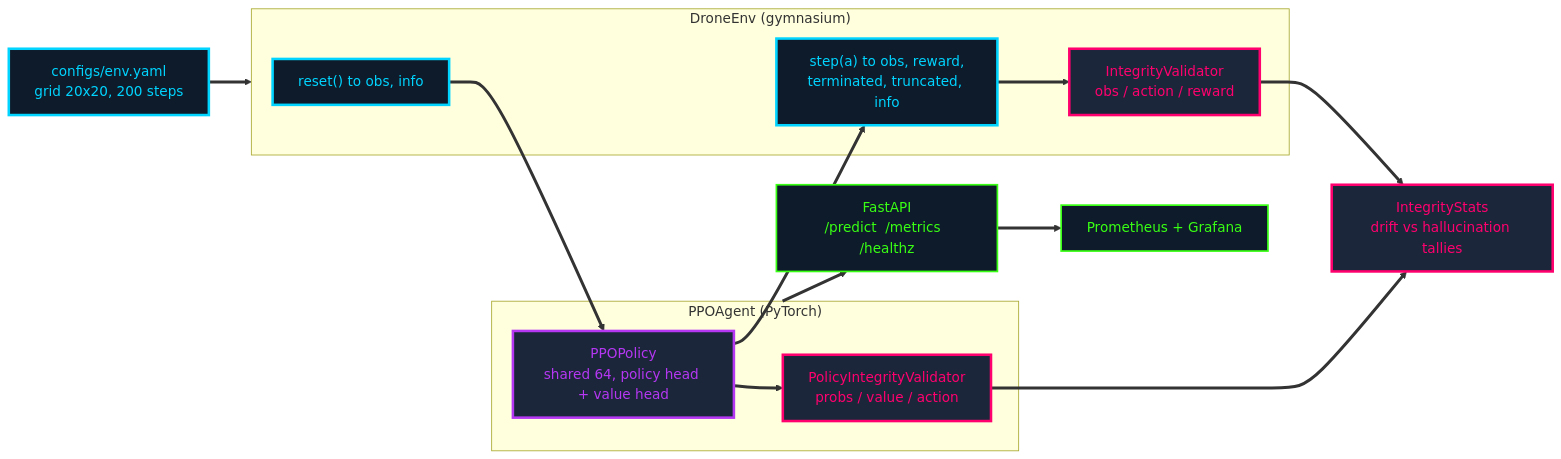
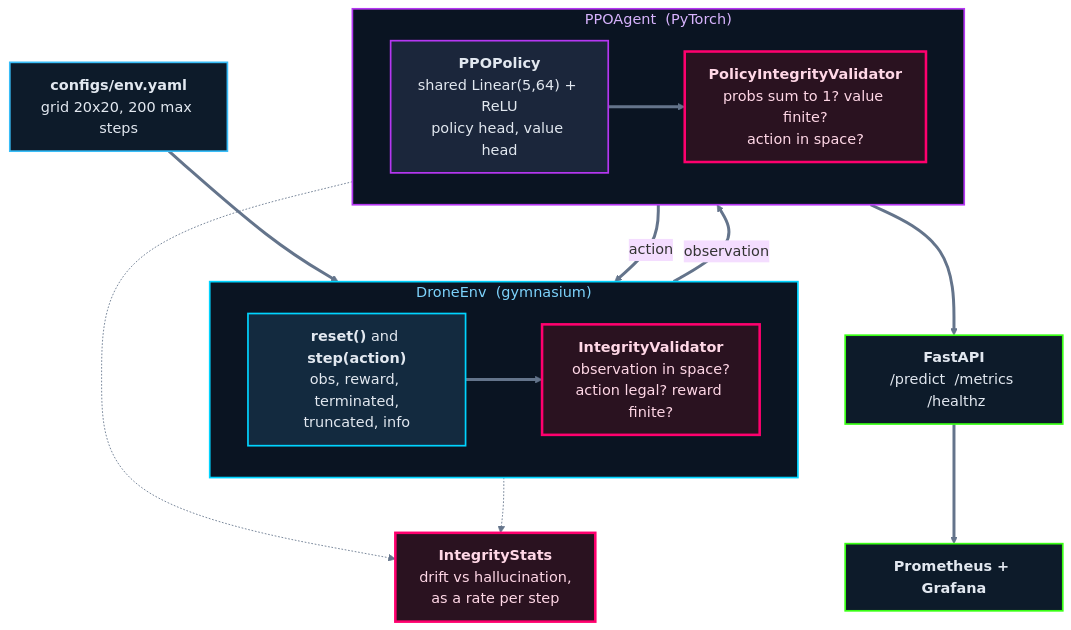
Before and after one commit to jameswniu/multi-agent-rl-mapf-drone-navigation: the diagram in README.md, drawn with Mermaid. The commit also changed other lines of this file, not shown here.

Commit message:
Redesign architecture diagram: dark subgraphs, TB layout, collapse panoramas

````diff
--- a/README.md
+++ b/README.md
@@ -88,39 +90,46 @@
 ```mermaid
-flowchart LR
-    CFG["configs/env.yaml<br/>grid 20x20, 200 steps"]
+%%{init: {"theme":"base","themeVariables":{"fontSize":"17px","fontFamily":"ui-sans-serif, system-ui, sans-serif","lineColor":"#64748b"},"flowchart":{"curve":"basis","nodeSpacing":55,"rankSpacing":65,"padding":14}}}%%
+flowchart TB
+    CFG["<b>configs/env.yaml</b><br/>grid 20x20, 200 max steps"]
 
-    subgraph ENV["DroneEnv (gymnasium)"]
-        RESET["reset() to obs, info"]
-        STEP["step(a) to obs, reward,<br/>terminated, truncated, info"]
-        IV["IntegrityValidator<br/>obs / action / reward"]
+    subgraph ENV["&nbsp;DroneEnv&nbsp; (gymnasium)&nbsp;"]
+        direction LR
+        STEP["<b>reset()</b> and <b>step(action)</b><br/>obs, reward, terminated,<br/>truncated, info"]
+        IV["<b>IntegrityValidator</b><br/>observation in space?<br/>action legal? reward finite?"]
+        STEP ==> IV
     end
 
-    subgraph AGENT["PPOAgent (PyTorch)"]
-        NET["PPOPolicy<br/>shared 64, policy head + value head"]
-        PIV["PolicyIntegrityValidator<br/>probs / value / action"]
+    subgraph AGENT["&nbsp;PPOAgent&nbsp; (PyTorch)&nbsp;"]
+        direction LR
+        NET["<b>PPOPolicy</b><br/>shared Linear(5,64) + ReLU<br/>policy head, value head"]
+        PIV["<b>PolicyIntegrityValidator</b><br/>probs sum to 1? value finite?<br/>action in space?"]
+        NET ==> PIV
     end
 
-    STATS["IntegrityStats<br/>drift vs hallucination tallies"]
-    API["FastAPI<br/>/predict  /metrics  /healthz"]
-    PROM["Prometheus + Grafana"]
+    STATS["<b>IntegrityStats</b><br/>drift vs hallucination,<br/>as a rate per step"]
+    API["<b>FastAPI</b><br/>/predict &nbsp;/metrics &nbsp;/healthz"]
+    OPS["<b>Prometheus + Grafana</b>"]
 
     CFG ==> ENV
-    RESET ==> NET
-    STEP ==> IV
-    IV ==> STATS
-    NET ==> PIV
-    PIV ==> STATS
-    NET ==> STEP
+    ENV == "observation" ==> AGENT
+    AGENT == "action" ==> ENV
+    IV -.-> STATS
+    PIV -.-> STATS
     AGENT ==> API
-    API ==> PROM
+    API ==> OPS
 
-    classDef env fill:#0d1b2a,stroke:#00d4ff,stroke-width:3px,color:#00d4ff
-    classDef agent fill:#1b263b,stroke:#b537f2,stroke-width:3px,color:#b537f2
-    classDef guard fill:#1b263b,stroke:#ff006e,stroke-width:3px,color:#ff006e
-    classDef ops fill:#0d1b2a,stroke:#39ff14,stroke-width:2px,color:#39ff14
+    classDef cfg fill:#0d1b2a,stroke:#38bdf8,stroke-width:2px,color:#e2e8f0
+    classDef core fill:#132a3f,stroke:#00d4ff,stroke-width:2px,color:#e2e8f0
+    classDef brain fill:#1b263b,stroke:#b537f2,stroke-width:2px,color:#e2e8f0
+    classDef guard fill:#2a1220,stroke:#ff006e,stroke-width:3px,color:#ffd7e6
+    classDef ops fill:#0d1b2a,stroke:#39ff14,stroke-width:2px,color:#e2e8f0
 
-    class RESET,STEP,CFG env
-    class NET agent
+    class CFG cfg
+    class STEP core
+    class NET brain
     class IV,PIV,STATS guard
-    class API,PROM ops
+    class API,OPS ops
+
+    style ENV fill:#0a1422,stroke:#00d4ff,stroke-width:2px,color:#7dd3fc
+    style AGENT fill:#0a1422,stroke:#b537f2,stroke-width:2px,color:#d8b4fe
 ```
````
